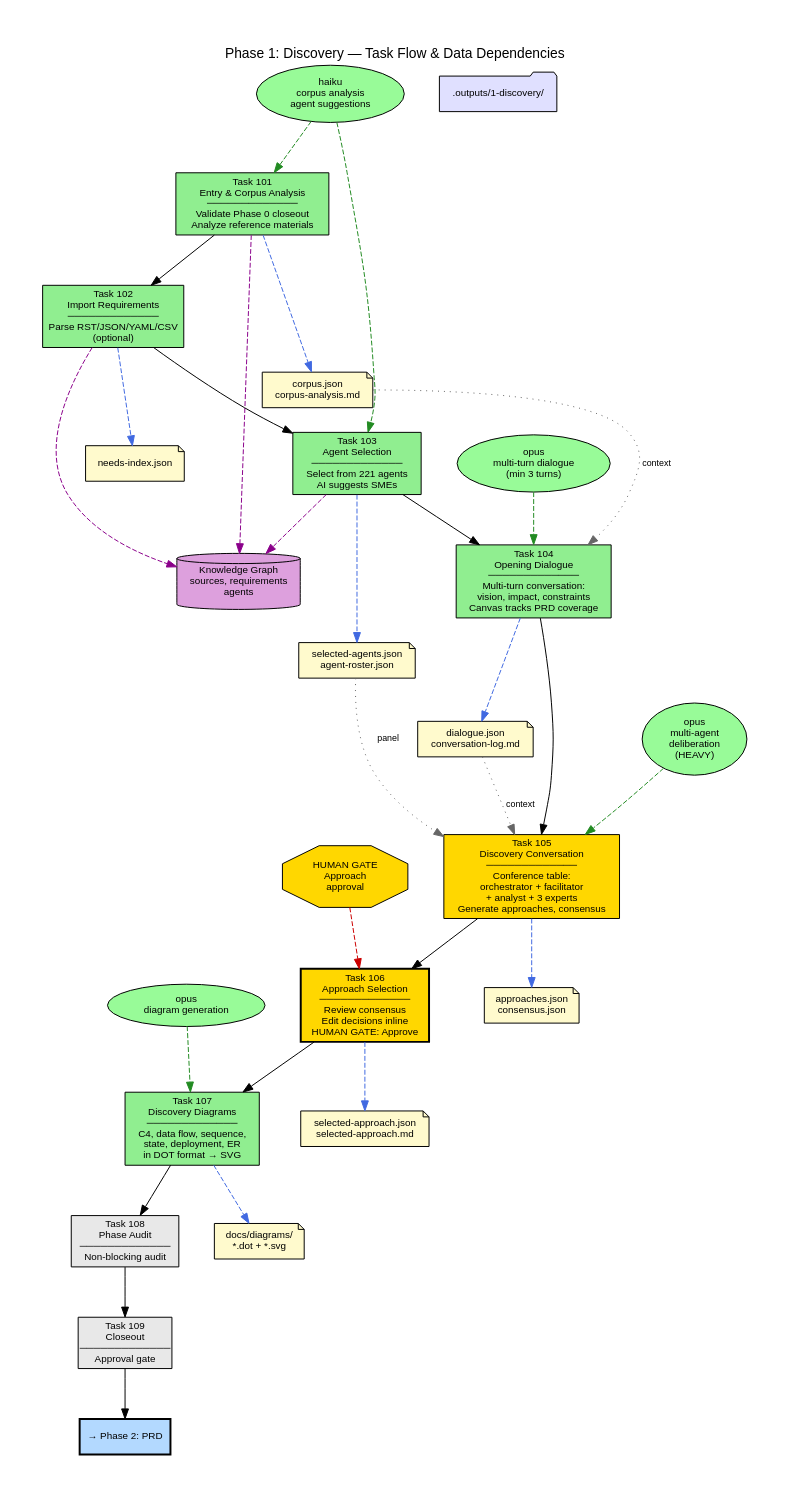
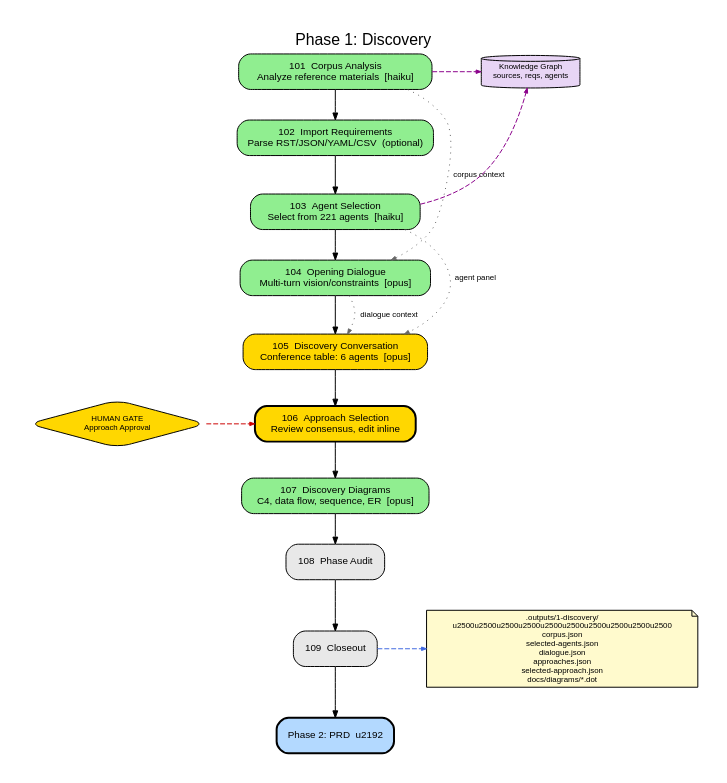
One commit to turbobeest/atomic-claude changed the diagram in dev/docs/diagrams/02-phase-01-discovery.dot. Above: the diagram before and after it, drawn with Graphviz. The commit also changed 21 other files, not shown here.

First line of the commit message:
Clean up all 12 architecture diagrams for readability

```diff
--- a/dev/docs/diagrams/02-phase-01-discovery.dot
+++ b/dev/docs/diagrams/02-phase-01-discovery.dot
@@ -1,87 +1,59 @@
 // Phase 1: Discovery — Task Flow
-// Corpus analysis, agent selection, dialogue, deliberation, approach selection, diagrams
 // Generated: 2026-03-01 from codebase analysis
 
 digraph phase_01_discovery {
     rankdir=TB
     fontname="Helvetica"
-    fontsize=14
-    label="Phase 1: Discovery — Task Flow & Data Dependencies"
+    fontsize=16
+    label="Phase 1: Discovery"
     labelloc=t
-    pad=0.5
-    nodesep=0.5
-    ranksep=0.7
+    labeljust=c
+    pad=0.3
+    nodesep=0.35
+    ranksep=0.4
+    splines=true
+    bgcolor=white
 
-    node [fontname="Helvetica", fontsize=10, style=filled, shape=box]
-    edge [fontname="Helvetica", fontsize=9]
+    node [fontname="Helvetica", fontsize=10, style="filled,rounded", shape=box, margin="0.12,0.06"]
+    edge [fontname="Helvetica", fontsize=8, arrowsize=0.7]
 
-    // Tasks
-    t101 [label="Task 101\nEntry & Corpus Analysis\n─────────────\nValidate Phase 0 closeout\nAnalyze reference materials", fillcolor="#90EE90"]
-    t102 [label="Task 102\nImport Requirements\n─────────────\nParse RST/JSON/YAML/CSV\n(optional)", fillcolor="#90EE90"]
-    t103 [label="Task 103\nAgent Selection\n─────────────\nSelect from 221 agents\nAI suggests SMEs", fillcolor="#90EE90"]
-    t104 [label="Task 104\nOpening Dialogue\n─────────────\nMulti-turn conversation:\nvision, impact, constraints\nCanvas tracks PRD coverage", fillcolor="#90EE90"]
-    t105 [label="Task 105\nDiscovery Conversation\n─────────────\nConference table:\norchestrator + facilitator\n+ analyst + 3 experts\nGenerate approaches, consensus", fillcolor="#FFD700"]
-    t106 [label="Task 106\nApproach Selection\n─────────────\nReview consensus\nEdit decisions inline\nHUMAN GATE: Approve", fillcolor="#FFD700", style="filled,bold"]
-    t107 [label="Task 107\nDiscovery Diagrams\n─────────────\nC4, data flow, sequence,\nstate, deployment, ER\nin DOT format → SVG", fillcolor="#90EE90"]
-    t108 [label="Task 108\nPhase Audit\n─────────────\nNon-blocking audit", fillcolor="#E8E8E8"]
-    t109 [label="Task 109\nCloseout\n─────────────\nApproval gate", fillcolor="#E8E8E8"]
+    // ── Task spine ──
+    t101 [label="101  Corpus Analysis\nAnalyze reference materials  [haiku]", fillcolor="#90EE90"]
+    t102 [label="102  Import Requirements\nParse RST/JSON/YAML/CSV  (optional)", fillcolor="#90EE90"]
+    t103 [label="103  Agent Selection\nSelect from 221 agents  [haiku]", fillcolor="#90EE90"]
+    t104 [label="104  Opening Dialogue\nMulti-turn vision/constraints  [opus]", fillcolor="#90EE90"]
+    t105 [label="105  Discovery Conversation\nConference table: 6 agents  [opus]", fillcolor="#FFD700"]
+    t106 [label="106  Approach Selection\nReview consensus, edit inline", fillcolor="#FFD700", style="filled,rounded,bold"]
+    t107 [label="107  Discovery Diagrams\nC4, data flow, sequence, ER  [opus]", fillcolor="#90EE90"]
+    t108 [label="108  Phase Audit", fillcolor="#E8E8E8"]
+    t109 [label="109  Closeout", fillcolor="#E8E8E8"]
+    next [label="Phase 2: PRD  \u2192", fillcolor="#B3D9FF", style="filled,rounded,bold"]
 
-    t101 -> t102 -> t103 -> t104 -> t105 -> t106 -> t107 -> t108 -> t109
+    t101 -> t102 -> t103 -> t104 -> t105 -> t106 -> t107 -> t108 -> t109 -> next
 
-    // Outputs
-    node [shape=note, fillcolor="#FFFACD"]
-    o_corpus [label="corpus.json\ncorpus-analysis.md"]
-    o_needs [label="needs-index.json"]
-    o_agents [label="selected-agents.json\nagent-roster.json"]
-    o_dialogue [label="dialogue.json\nconversation-log.md"]
-    o_consensus [label="approaches.json\nconsensus.json"]
-    o_approach [label="selected-approach.json\nselected-approach.md"]
-    o_diagrams [label="docs/diagrams/\n*.dot + *.svg"]
+    // ── Human gate ──
+    node [shape=diamond, fillcolor="#FFD700", fontsize=8, width=0.2, height=0.2, margin="0.08,0.04"]
+    hgate [label="HUMAN GATE\nApproach Approval"]
+    hgate -> t106 [style=dashed, color="#CC0000", arrowsize=0.5]
+    {rank=same; t106; hgate}
 
-    t101 -> o_corpus [style=dashed, color="#4169E1"]
-    t102 -> o_needs [style=dashed, color="#4169E1"]
-    t103 -> o_agents [style=dashed, color="#4169E1"]
-    t104 -> o_dialogue [style=dashed, color="#4169E1"]
-    t105 -> o_consensus [style=dashed, color="#4169E1"]
-    t106 -> o_approach [style=dashed, color="#4169E1"]
-    t107 -> o_diagrams [style=dashed, color="#4169E1"]
+    // ── Cross-task data flow ──
+    edge [style=dotted, color="#666666", arrowsize=0.5, constraint=false]
+    t101 -> t104 [label="corpus context"]
+    t103 -> t105 [label="agent panel"]
+    t104 -> t105 [label="dialogue context"]
 
-    // Output directory
-    node [shape=folder, fillcolor="#E0E0FF"]
-    outdir [label=".outputs/1-discovery/"]
+    // ── Knowledge Graph writes ──
+    node [shape=cylinder, fillcolor="#E8D5F5", fontsize=8]
+    kg [label="Knowledge Graph\nsources, reqs, agents"]
+    t101 -> kg [style=dashed, color="#8B008B", arrowsize=0.5]
+    t103 -> kg [style=dashed, color="#8B008B", arrowsize=0.5]
+    {rank=same; t101; kg}
 
-    // LLM usage
-    node [shape=oval, fillcolor="#98FB98"]
-    llm_haiku [label="haiku\ncorpus analysis\nagent suggestions"]
-    llm_opus1 [label="opus\nmulti-turn dialogue\n(min 3 turns)"]
-    llm_opus2 [label="opus\nmulti-agent\ndeliberation\n(HEAVY)"]
-    llm_opus3 [label="opus\ndiagram generation"]
+    // ── Outputs ──
+    node [shape=note, fillcolor="#FFFACD", fontsize=8, margin="0.08,0.04"]
+    outputs [label=".outputs/1-discovery/\n\u2500\u2500\u2500\u2500\u2500\u2500\u2500\u2500\u2500\u2500\ncorpus.json\nselected-agents.json\ndialogue.json\napproaches.json\nselected-approach.json\ndocs/diagrams/*.dot"]
 
-    llm_haiku -> t101 [style=dashed, color="#228B22"]
-    llm_haiku -> t103 [style=dashed, color="#228B22"]
-    llm_opus1 -> t104 [style=dashed, color="#228B22"]
-    llm_opus2 -> t105 [style=dashed, color="#228B22"]
-    llm_opus3 -> t107 [style=dashed, color="#228B22"]
-
-    // Knowledge graph
-    node [shape=cylinder, fillcolor="#DDA0DD"]
-    kg [label="Knowledge Graph\nsources, requirements\nagents"]
-    t101 -> kg [style=dashed, color="#8B008B"]
-    t102 -> kg [style=dashed, color="#8B008B"]
-    t103 -> kg [style=dashed, color="#8B008B"]
-
-    // Human interaction
-    node [shape=octagon, fillcolor="#FFD700"]
-    h106 [label="HUMAN GATE\nApproach\napproval"]
-    h106 -> t106 [style=dashed, color="#CC0000"]
-
-    // Cross-task data flow
-    o_corpus -> t104 [style=dotted, color="#666666", label="context"]
-    o_agents -> t105 [style=dotted, color="#666666", label="panel"]
-    o_dialogue -> t105 [style=dotted, color="#666666", label="context"]
-
-    // Next phase
-    node [shape=box, fillcolor="#B3D9FF", style="filled,bold"]
-    next [label="→ Phase 2: PRD"]
-    t109 -> next
+    t109 -> outputs [style=dashed, color="#4169E1", arrowsize=0.5, constraint=false]
+    {rank=same; t109; outputs}
 }
```
